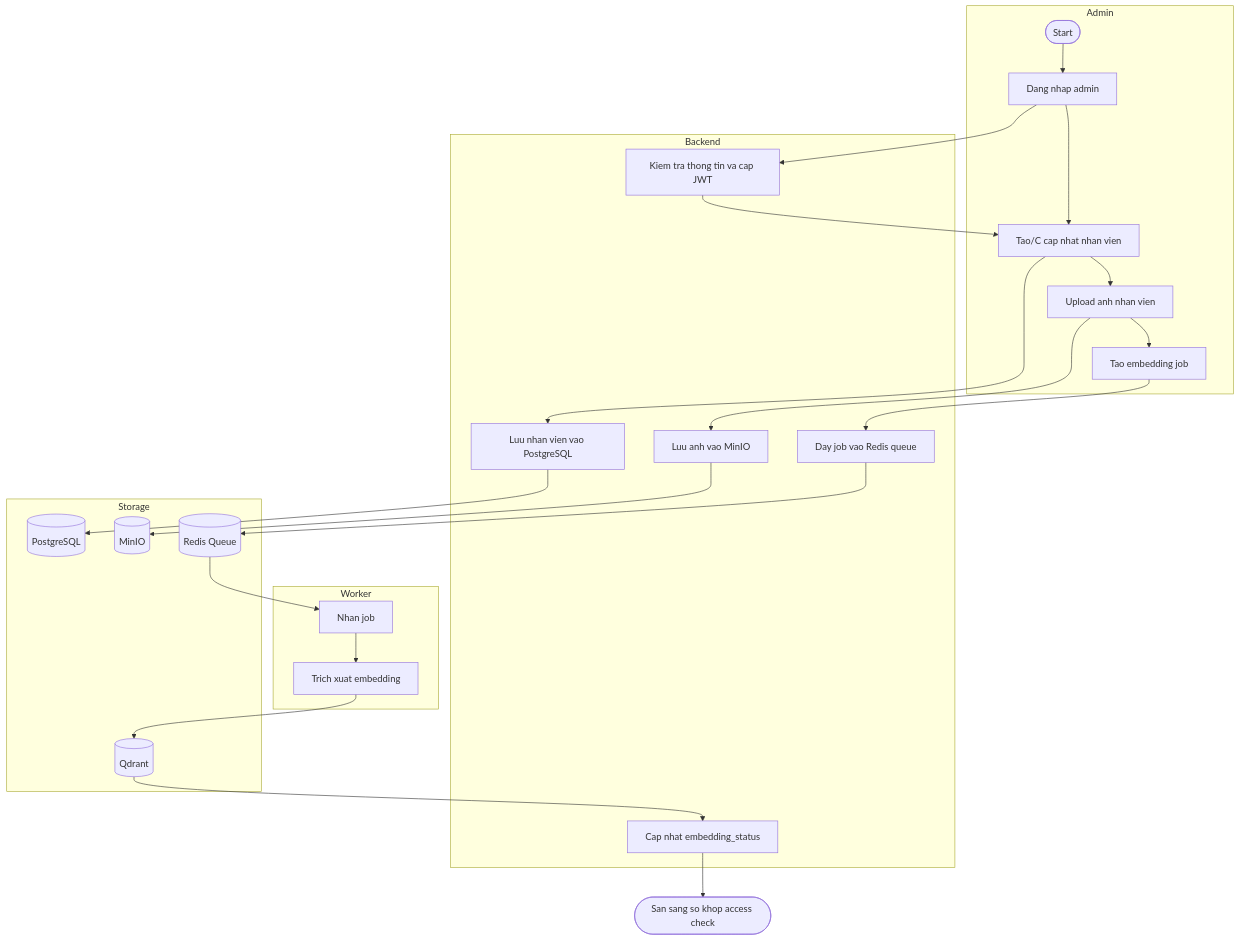
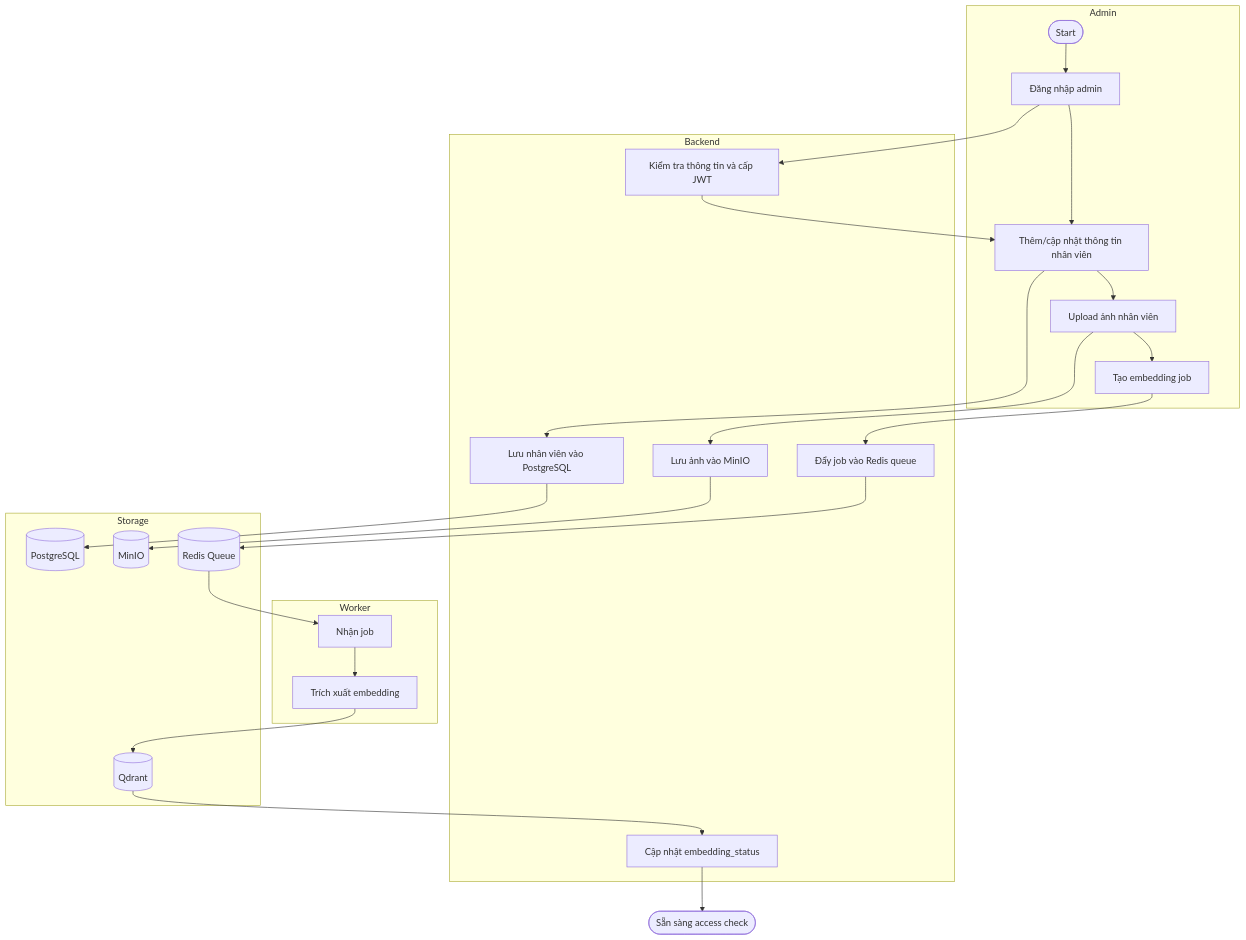
One commit to trunguet/2526-THPTHTTTNT-DeepFace changed the diagram in admin-embedding-flow.md. Above: the diagram before and after it, drawn with Mermaid.

````diff
--- a/admin-embedding-flow.md
+++ b/admin-embedding-flow.md
@@ -3,34 +3,34 @@
 ```mermaid
 flowchart TB
     subgraph Admin
-        A([Start]) --> B[Dang nhap admin]
-        B --> D[Tao/C cap nhat nhan vien]
-        D --> F[Upload anh nhan vien]
-        F --> H[Tao embedding job]
+        A([Start]) --> B[Đăng nhập admin]
+        B --> D[Thêm/cập nhật thông tin nhân viên]
+        D --> F[Upload ảnh nhân viên]
+        F --> H[Tạo embedding job]
     end
 
     subgraph Backend
-        C[Kiem tra thong tin va cap JWT]
-        E[Luu nhan vien vao PostgreSQL]
-        G[Luu anh vao MinIO]
-        I[Day job vao Redis queue]
-        L[Cap nhat embedding_status]
+        C[Kiểm tra thông tin và cấp JWT]
+        E[Lưu nhân viên vào PostgreSQL]
+        G[Lưu ảnh vào MinIO]
+        I[Đẩy job vào Redis queue]
+        L[Cập nhật embedding_status]
     end
 
     subgraph Worker
-        J[Nhan job]
-        K[Trich xuat embedding]
+        J[Nhận job]
+        K[Trích xuất embedding]
     end
 
     subgraph Storage
         P[(PostgreSQL)]
         M[(MinIO)]
         R[(Redis Queue)]
         Q[(Qdrant)]
     end
 
     B --> C --> D --> E --> P
     F --> G --> M
     H --> I --> R --> J --> K --> Q --> L
-    L --> Z([San sang so khop access check])
+    L --> Z([Sẵn sàng access check])
 ```
````
